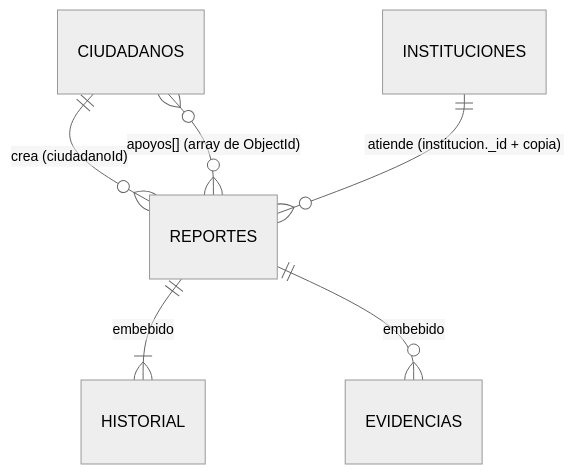
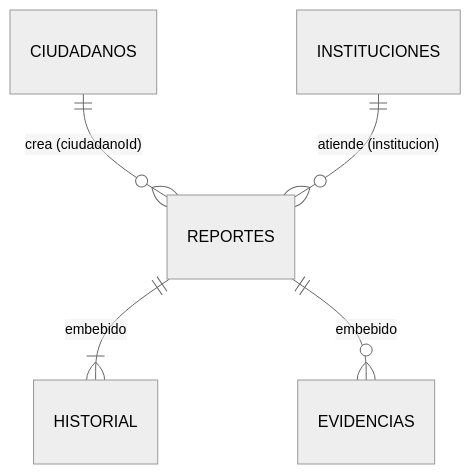
The diagram in docs/DISENO.md (christiandiaz948-oss/reporte-ciudadano-mongodb), drawn with Mermaid (neutral theme) before and after one commit. The commit also changed other lines of this file and 10 other files, not shown here.

````diff
--- a/docs/DISENO.md
+++ b/docs/DISENO.md
@@ -23,8 +22,7 @@
 ```mermaid
 erDiagram
     CIUDADANOS ||--o{ REPORTES : "crea (ciudadanoId)"
-    INSTITUCIONES ||--o{ REPORTES : "atiende (institucion._id + copia)"
+    INSTITUCIONES ||--o{ REPORTES : "atiende (institucion)"
     REPORTES ||--|{ HISTORIAL : "embebido"
     REPORTES ||--o{ EVIDENCIAS : "embebido"
-    REPORTES }o--o{ CIUDADANOS : "apoyos[] (array de ObjectId)"
 ```
````
